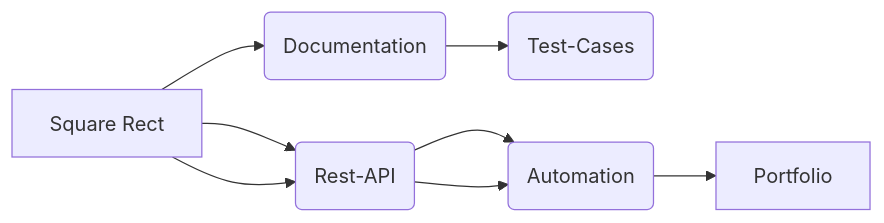
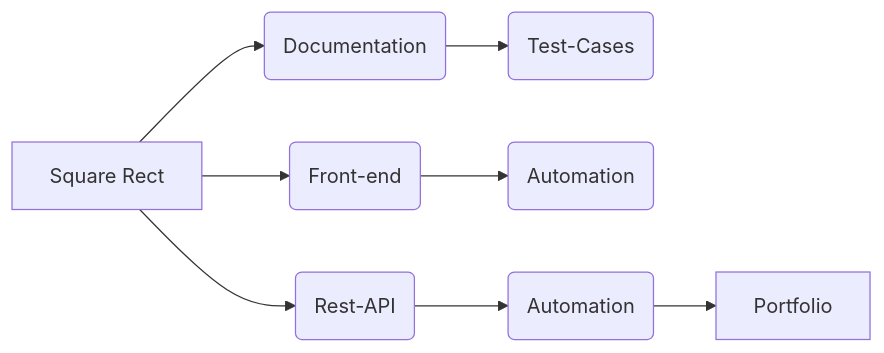
Before and after one commit to N-Uladzislau/Portfolio_Project: the diagram in README.md, drawn with Mermaid.

````diff
--- a/README.md
+++ b/README.md
@@ -2,7 +2,7 @@
 ```mermaid
 graph LR
 A[Square Rect] --> B(Documentation) --> C(Test-Cases)
-A --> D(Front-end) --> E(Automation)
+A --> Q(Front-end) --> W(Automation)
 A --> D(Rest-API) --> E(Automation) --> F[Portfolio]
 
 ```
````
